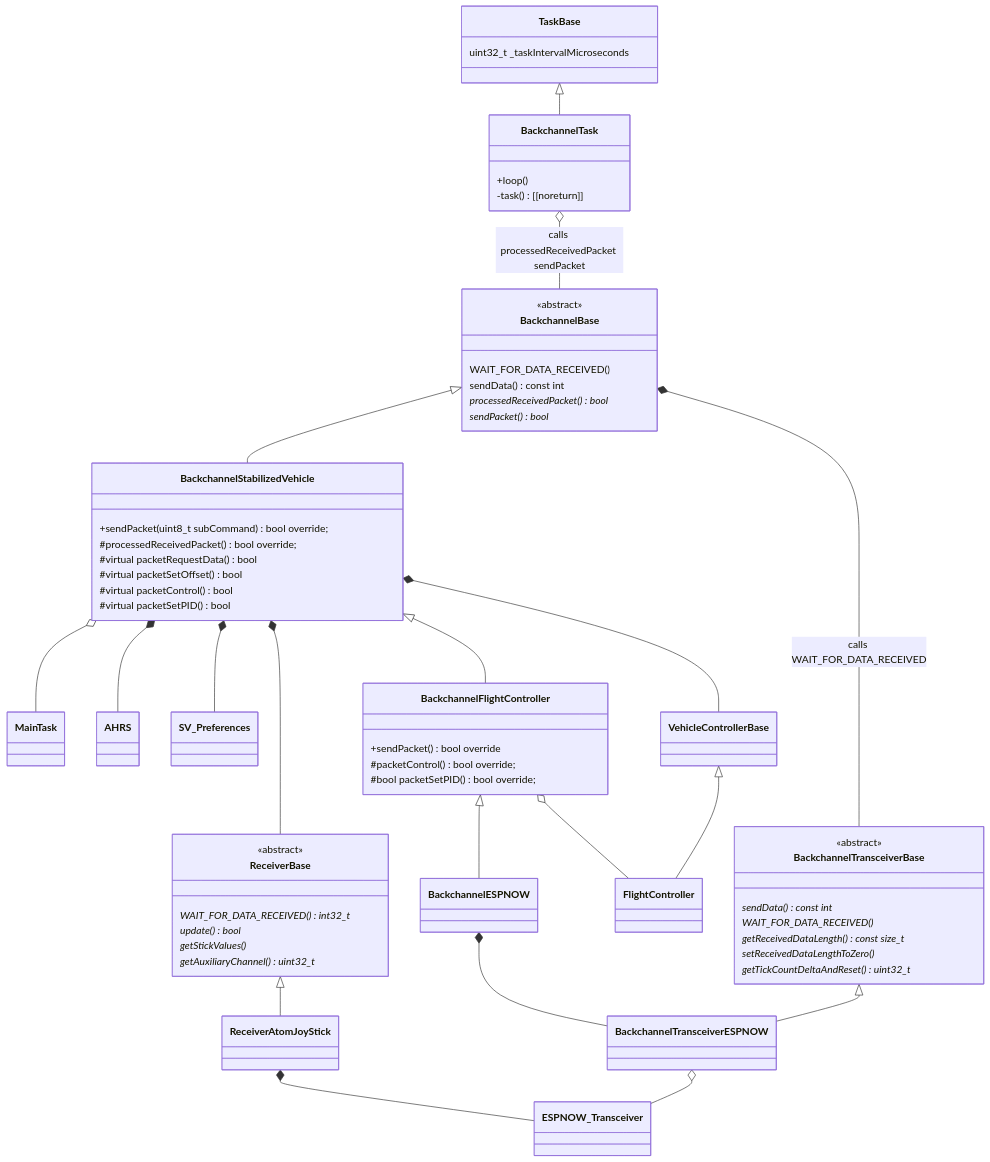
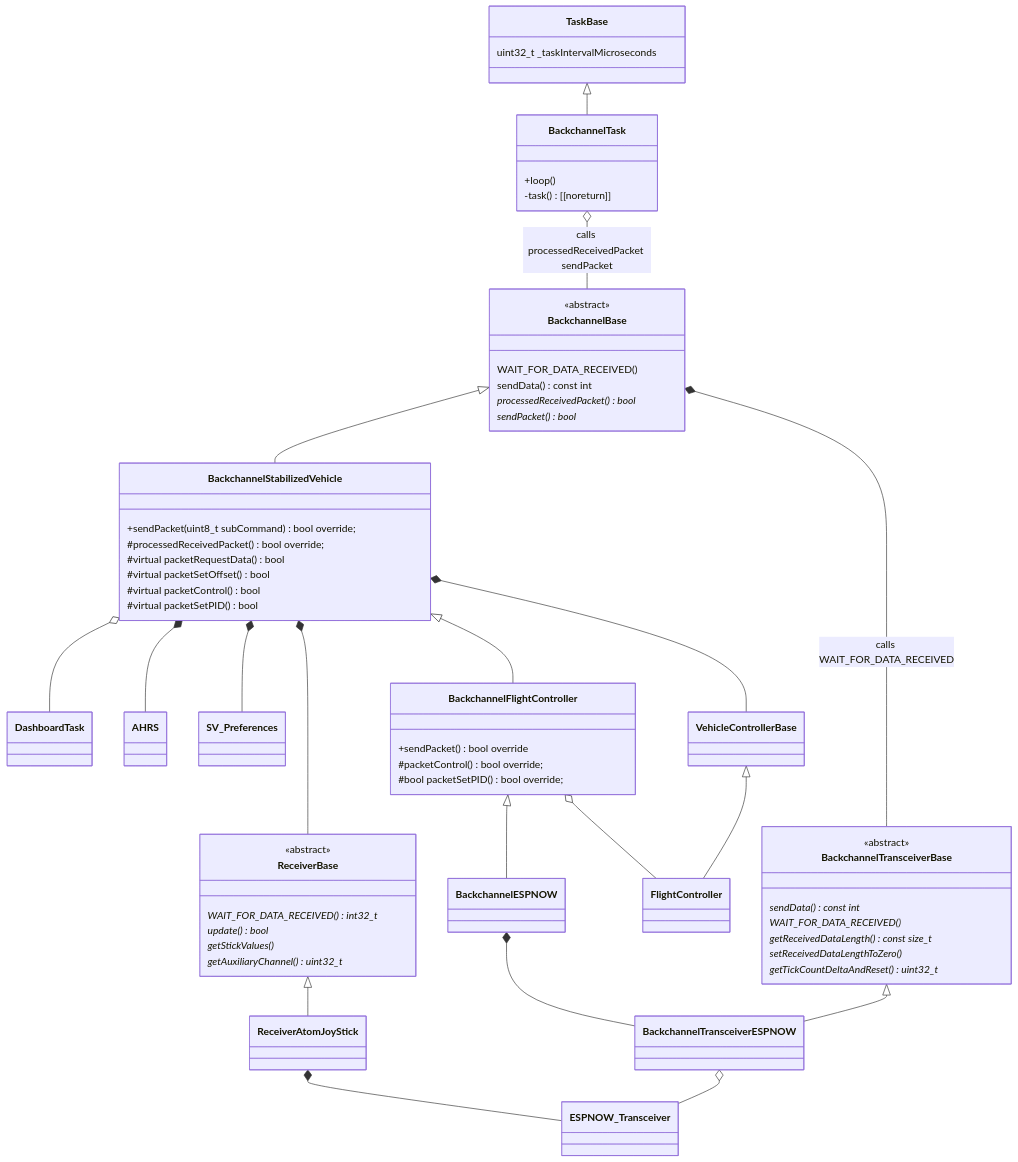
The diagram in Backchannel.md (martinbudden/Protoflight), drawn with Mermaid before and after one commit. The commit also changed 8 other files, not shown here.

Commit message:
Renamed mainTask to dashboardTask.

````diff
--- a/Backchannel.md
+++ b/Backchannel.md
@@ -4,74 +4,74 @@
 ```mermaid
 classDiagram
     class BackchannelTransceiverBase {
         <<abstract>>
         sendData() const int *
         WAIT_FOR_DATA_RECEIVED() *
         getReceivedDataLength() const size_t *
         setReceivedDataLengthToZero() *
         getTickCountDeltaAndReset() uint32_t *
     }
 
     BackchannelTransceiverBase <|-- BackchannelTransceiverESPNOW
     BackchannelTransceiverESPNOW o-- ESPNOW_Transceiver
 
     class BackchannelBase {
         <<abstract>>
         WAIT_FOR_DATA_RECEIVED()
         sendData() const int
         processedReceivedPacket() bool *
         sendPacket() bool *
     }
     BackchannelBase *-- BackchannelTransceiverBase : calls WAIT_FOR_DATA_RECEIVED
 
     class ReceiverBase {
         <<abstract>>
         WAIT_FOR_DATA_RECEIVED() int32_t *
         update() bool *
         getStickValues() *
         getAuxiliaryChannel() uint32_t *
     }
     ReceiverBase <|-- ReceiverAtomJoyStick
     class ReceiverAtomJoyStick
     ReceiverAtomJoyStick *-- ESPNOW_Transceiver
 
     BackchannelBase <|-- BackchannelStabilizedVehicle
     class BackchannelStabilizedVehicle {
         +sendPacket(uint8_t subCommand) bool override;
         #processedReceivedPacket() bool override;
         #virtual packetRequestData() bool
         #virtual packetSetOffset() bool
         #virtual packetControl() bool
         #virtual packetSetPID() bool
     }
-    BackchannelStabilizedVehicle o-- MainTask
+    BackchannelStabilizedVehicle o-- DashboardTask
     BackchannelStabilizedVehicle *-- AHRS
     BackchannelStabilizedVehicle *-- SV_Preferences
     BackchannelStabilizedVehicle *-- ReceiverBase
     BackchannelStabilizedVehicle *-- VehicleControllerBase
 
     BackchannelStabilizedVehicle <|--BackchannelFlightController
     class BackchannelFlightController {
         +sendPacket() bool override
         #packetControl() bool override;
         #bool packetSetPID() bool override;
     }
     VehicleControllerBase <|-- FlightController
     BackchannelFlightController o-- FlightController
 
     BackchannelFlightController <|-- BackchannelESPNOW
     BackchannelESPNOW *-- BackchannelTransceiverESPNOW
 
 
 
 
     class TaskBase {
         uint32_t _taskIntervalMicroseconds
     }
     TaskBase <|-- BackchannelTask
     class BackchannelTask {
         +loop()
         -task() [[noreturn]]
     }
     BackchannelTask o-- BackchannelBase : calls processedReceivedPacket sendPacket
 ```
````
